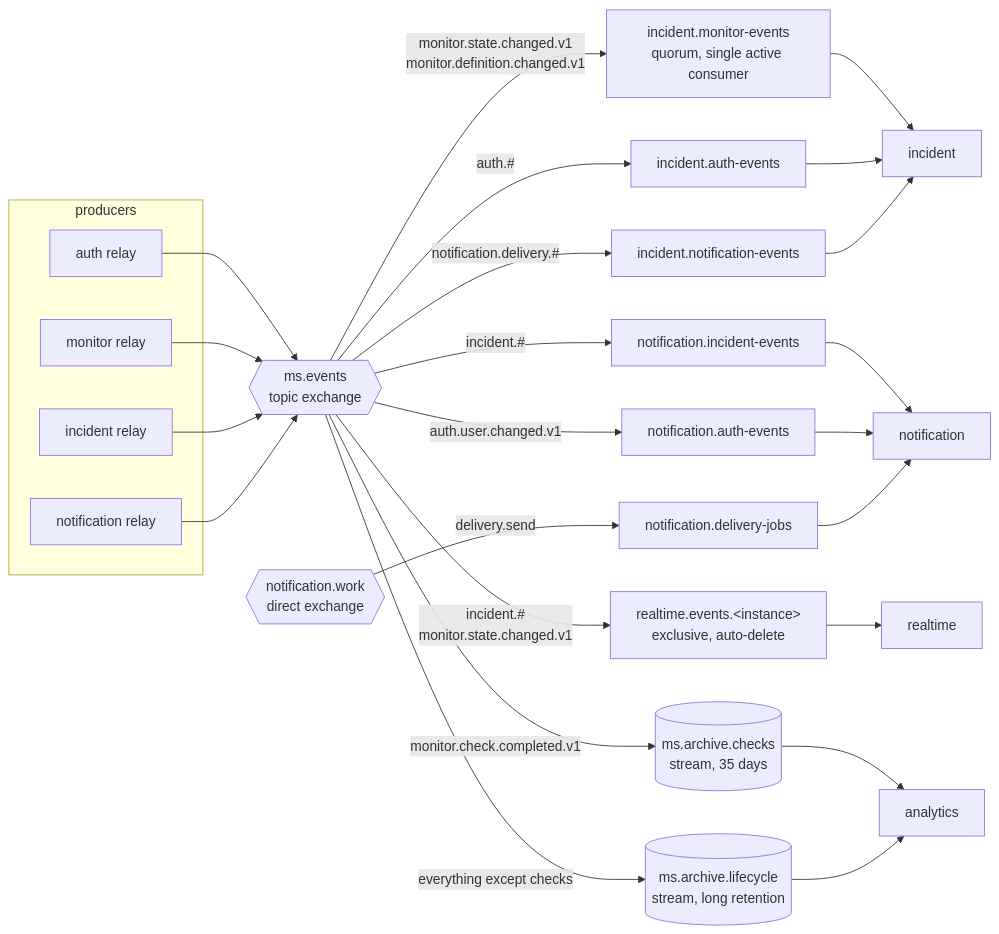
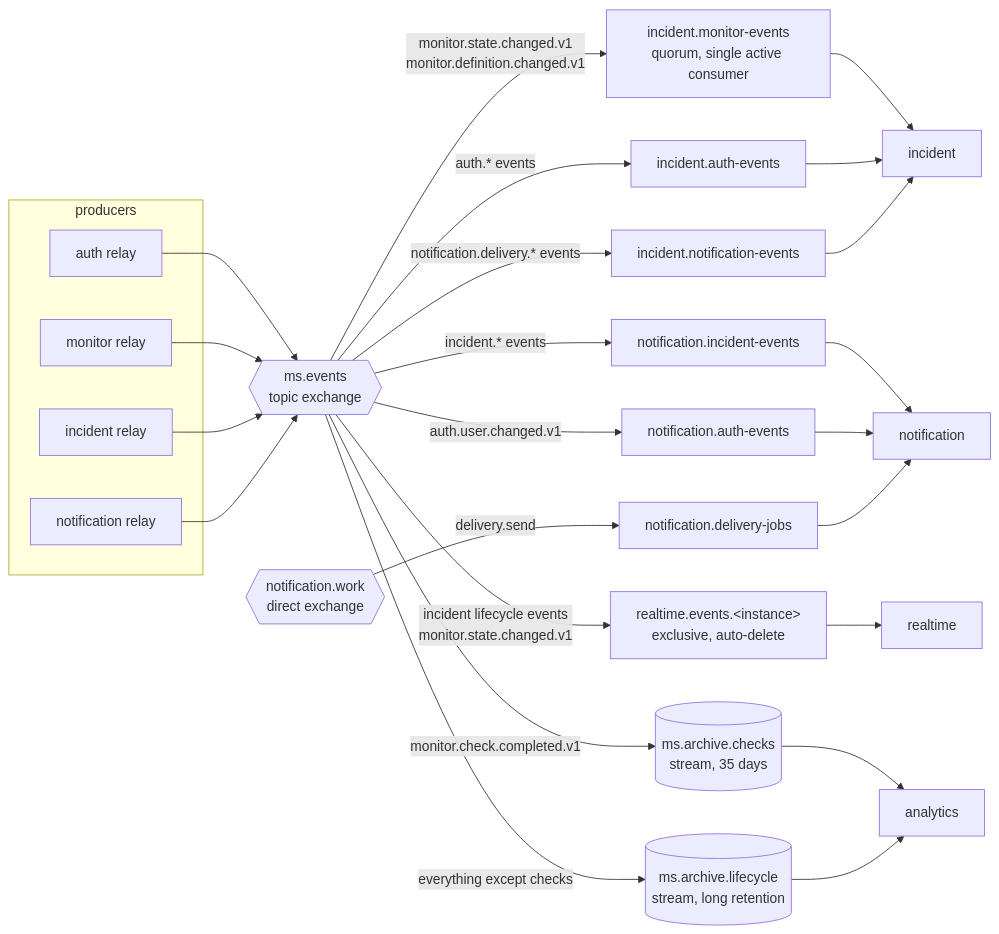
One commit to Macintosh393/micro-sentinel changed the diagram in docs/architecture/communication.md. Above: the diagram before and after it, drawn with Mermaid. The commit also changed other lines of this file and 18 other files, not shown here.

Commit message:
docs: add event catalog, AsyncAPI, OpenAPI specs, versioning rules and data schemas

````diff
--- a/docs/architecture/communication.md
+++ b/docs/architecture/communication.md
@@ -55,32 +55,32 @@
 ```mermaid
 flowchart LR
   subgraph producers
     P1[auth relay]
     P2[monitor relay]
     P3[incident relay]
     P4[notification relay]
   end
 
   EX{{"ms.events<br/>topic exchange"}}
   P1 & P2 & P3 & P4 --> EX
 
   EX -->|"monitor.state.changed.v1<br/>monitor.definition.changed.v1"| Q1["incident.monitor-events<br/>quorum, single active consumer"]
-  EX -->|"auth.#"| Q2[incident.auth-events]
-  EX -->|"notification.delivery.#"| Q3[incident.notification-events]
-  EX -->|"incident.#"| Q4[notification.incident-events]
+  EX -->|"auth.* events"| Q2[incident.auth-events]
+  EX -->|"notification.delivery.* events"| Q3[incident.notification-events]
+  EX -->|"incident.* events"| Q4[notification.incident-events]
   EX -->|"auth.user.changed.v1"| Q5[notification.auth-events]
-  EX -->|"incident.#<br/>monitor.state.changed.v1"| Q6["realtime.events.&lt;instance&gt;<br/>exclusive, auto-delete"]
+  EX -->|"incident lifecycle events<br/>monitor.state.changed.v1"| Q6["realtime.events.&lt;instance&gt;<br/>exclusive, auto-delete"]
   EX -->|"monitor.check.completed.v1"| S1[("ms.archive.checks<br/>stream, 35 days")]
   EX -->|"everything except checks"| S2[("ms.archive.lifecycle<br/>stream, long retention")]
 
   WX{{"notification.work<br/>direct exchange"}} -->|delivery.send| Q7[notification.delivery-jobs]
 
   Q1 --> C1[incident]
   Q2 --> C1
   Q3 --> C1
   Q4 --> C2[notification]
   Q5 --> C2
   Q7 --> C2
   Q6 --> C3[realtime]
   S1 & S2 --> C4[analytics]
 ```
````
